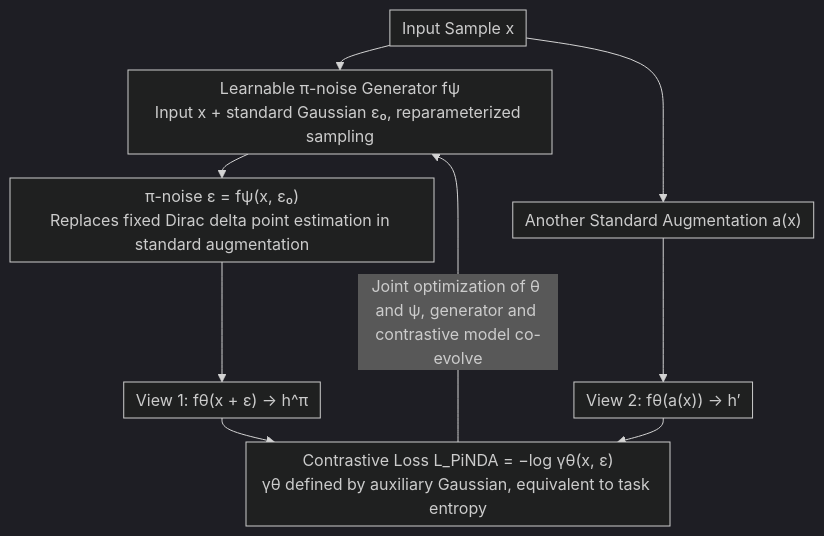
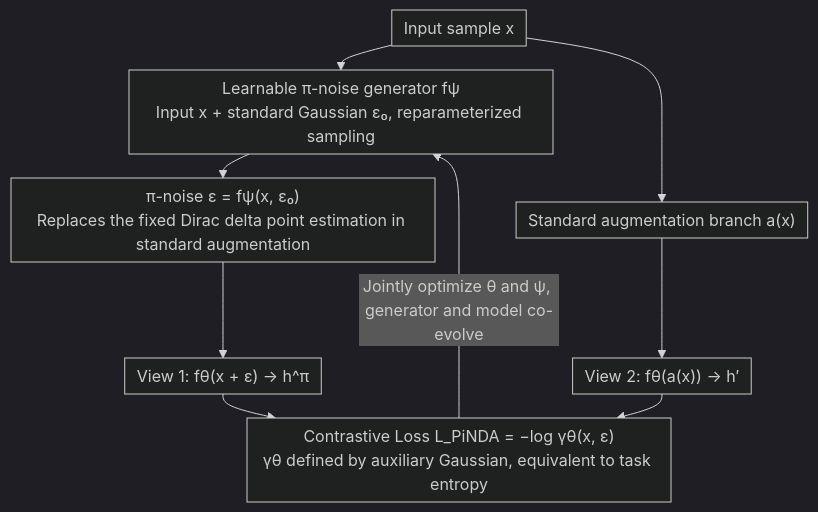
One commit to zhaoyang97/Paper-Notes-en changed the diagram in docs/ICML2026/self_supervised/data_augmentation_of_contrastive_learning_is_estimating_positive-incentive_noise.md. Above: the diagram before and after it, drawn with Mermaid (dark theme). The commit also changed other lines of this file and 5084 other files, not shown here.

````diff
--- a/docs/ICML2026/self_supervised/data_augmentation_of_contrastive_learning_is_estimating_positive-incentive_noise.md
+++ b/docs/ICML2026/self_supervised/data_augmentation_of_contrastive_learning_is_estimating_positive-incentive_noise.md
@@ -42,12 +42,12 @@
 ```mermaid
 %%{init: {'flowchart': {'rankSpacing': 24, 'nodeSpacing': 28, 'padding': 6, 'wrappingWidth': 400}}}%%
 flowchart TD
-    X["Input Sample x"] --> G["Learnable π-noise Generator fψ<br/>Input x + standard Gaussian ε₀, reparameterized sampling"]
-    G --> EPS["π-noise ε = fψ(x, ε₀)<br/>Replaces fixed Dirac delta point estimation in standard augmentation"]
-    X --> AUG["Another Standard Augmentation a(x)"]
+    X["Input sample x"] --> G["Learnable π-noise generator fψ<br/>Input x + standard Gaussian ε₀, reparameterized sampling"]
+    G --> EPS["π-noise ε = fψ(x, ε₀)<br/>Replaces the fixed Dirac delta point estimation in standard augmentation"]
+    X --> AUG["Standard augmentation branch a(x)"]
     EPS --> V1["View 1: fθ(x + ε) → h^π"]
     AUG --> V2["View 2: fθ(a(x)) → h′"]
     V1 --> LOSS["Contrastive Loss L_PiNDA = −log γθ(x, ε)<br/>γθ defined by auxiliary Gaussian, equivalent to task entropy"]
     V2 --> LOSS
-    LOSS -->|"Joint optimization of θ and ψ, generator and contrastive model co-evolve"| G
+    LOSS -->|"Jointly optimize θ and ψ, generator and model co-evolve"| G
 ```
````
